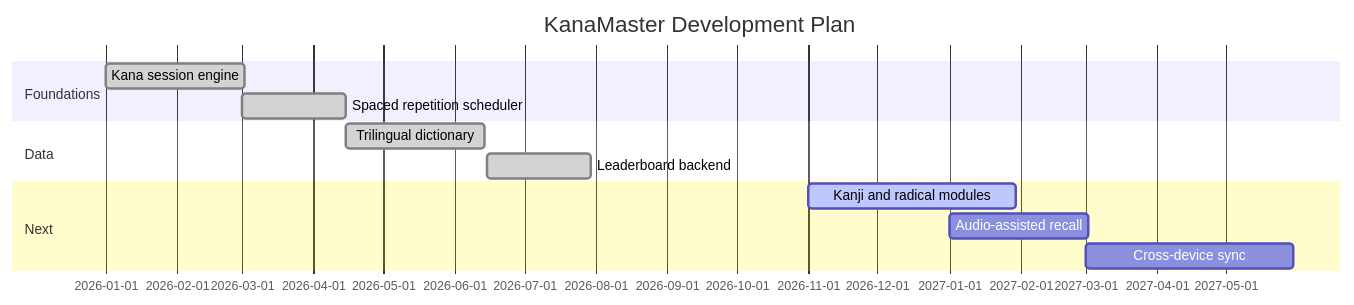
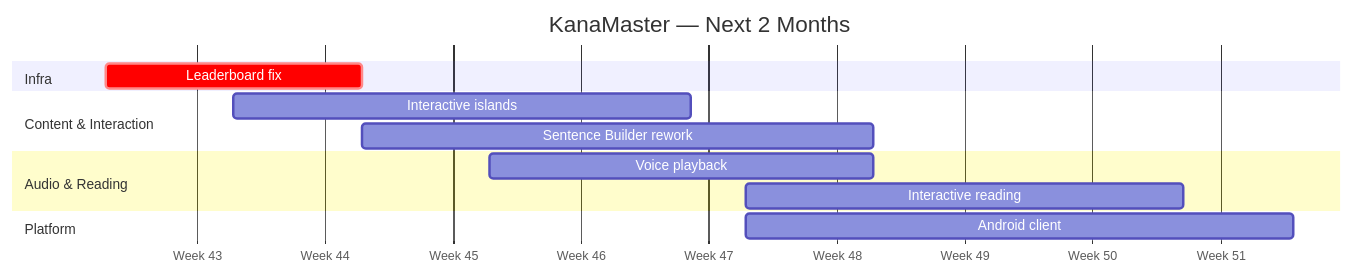
One commit to byteduck1337/knstd changed the third of 3 diagrams in README.md. Above: the diagram before and after it, drawn with Mermaid. The commit also changed other lines of this file, not shown here.

````diff
--- a/README.md
+++ b/README.md
@@ -290,15 +294,20 @@
 ```mermaid
 gantt
-    title KanaMaster Development Plan
-    dateFormat YYYY-MM-DD
-    section Foundations
-    Kana session engine          :done, 2026-01-01, 60d
-    Spaced repetition scheduler  :done, 2026-03-01, 45d
-    section Data
-    Trilingual dictionary        :done, 2026-04-15, 60d
-    Leaderboard backend          :done, 2026-06-15, 45d
-    section Next
-    Kanji and radical modules    :active, 2026-11-01, 90d
-    Audio-assisted recall        :2027-01-01, 60d
-    Cross-device sync            :2027-03-01, 90d
+    title KanaMaster — Next 2 Months
+    dateFormat  YYYY-MM-DD
+    axisFormat  Week %W
+
+    section Infra
+    Leaderboard fix                  :crit, lb, 2026-10-27, 14d
+
+    section Content & Interaction
+    Interactive islands              :isl, 2026-11-03, 25d
+    Sentence Builder rework          :sb, 2026-11-10, 28d
+
+    section Audio & Reading
+    Voice playback                   :tts, 2026-11-17, 21d
+    Interactive reading              :read, 2026-12-01, 24d
+
+    section Platform
+    Android client                   :apk, 2026-12-01, 30d
 ```
````
